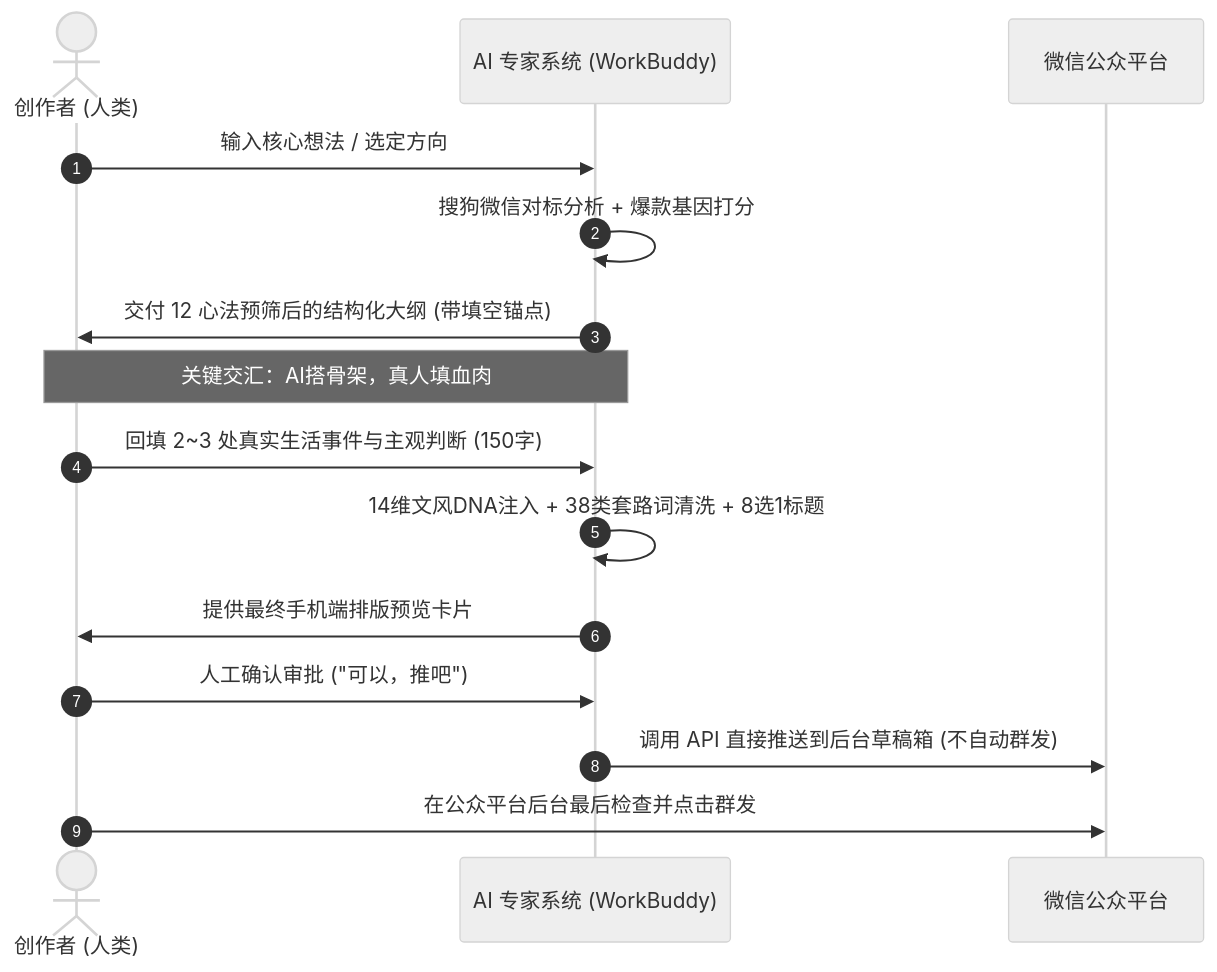
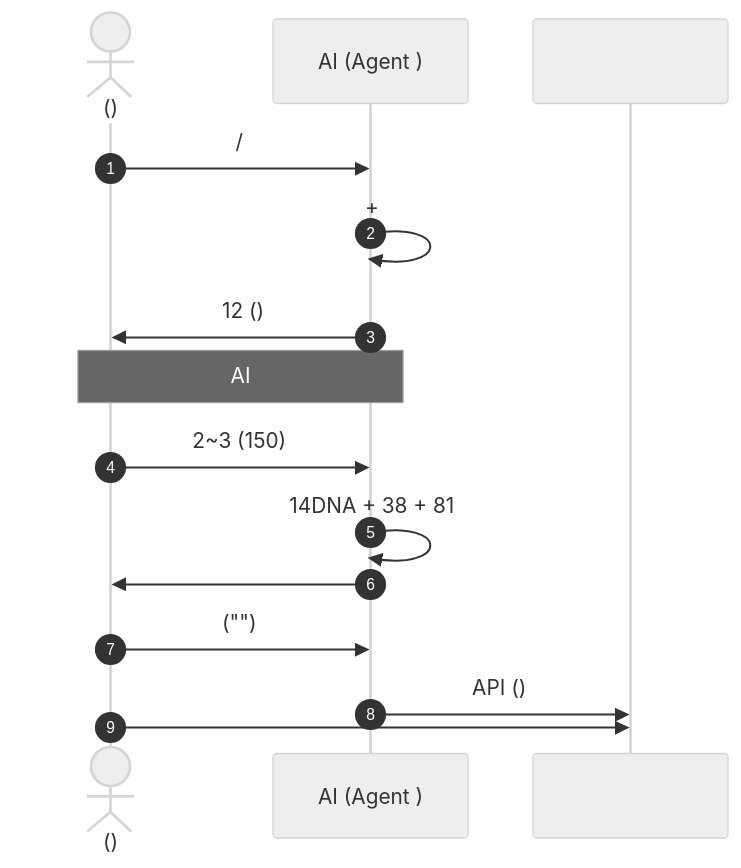
Before and after one commit to Meltemi-Q/wechat-viral-orange-paper: the second of 2 diagrams in docs/01-architecture-philosophy.md, drawn with Mermaid (neutral theme). The commit also changed other lines of this file and 59 other files, not shown here.

````diff
--- a/docs/01-architecture-philosophy.md
+++ b/docs/01-architecture-philosophy.md
@@ -35,18 +34,18 @@
 ```mermaid
 sequenceDiagram
-    autonumber
-    actor Creator as 创作者 (人类)
-    participant Expert as AI 专家系统 (WorkBuddy)
-    participant Engine as 微信公众平台
-    
-    Creator->>Expert: 输入核心想法 / 选定方向
-    Expert->>Expert: 搜狗微信对标分析 + 爆款基因打分
-    Expert->>Creator: 交付 12 心法预筛后的结构化大纲 (带填空锚点)
-    Note over Creator,Expert: 关键交汇：AI搭骨架，真人填血肉
-    Creator->>Expert: 回填 2~3 处真实生活事件与主观判断 (150字)
-    Expert->>Expert: 14维文风DNA注入 + 38类套路词清洗 + 8选1标题
-    Expert->>Creator: 提供最终手机端排版预览卡片
-    Creator->>Expert: 人工确认审批 ("可以，推吧")
-    Expert->>Engine: 调用 API 直接推送到后台草稿箱 (不自动群发)
-    Creator->>Engine: 在公众平台后台最后检查并点击群发
+ autonumber
+ actor Creator as ()
+ participant Expert as AI (Agent )
+ participant Engine as 
+ 
+ Creator->>Expert: / 
+ Expert->>Expert: + 
+ Expert->>Creator: 12 ()
+ Note over Creator,Expert: AI
+ Creator->>Expert: 2~3 (150)
+ Expert->>Expert: 14DNA + 38 + 81
+ Expert->>Creator: 
+ Creator->>Expert: ("")
+ Expert->>Engine: API ()
+ Creator->>Engine: 
 ```
````
